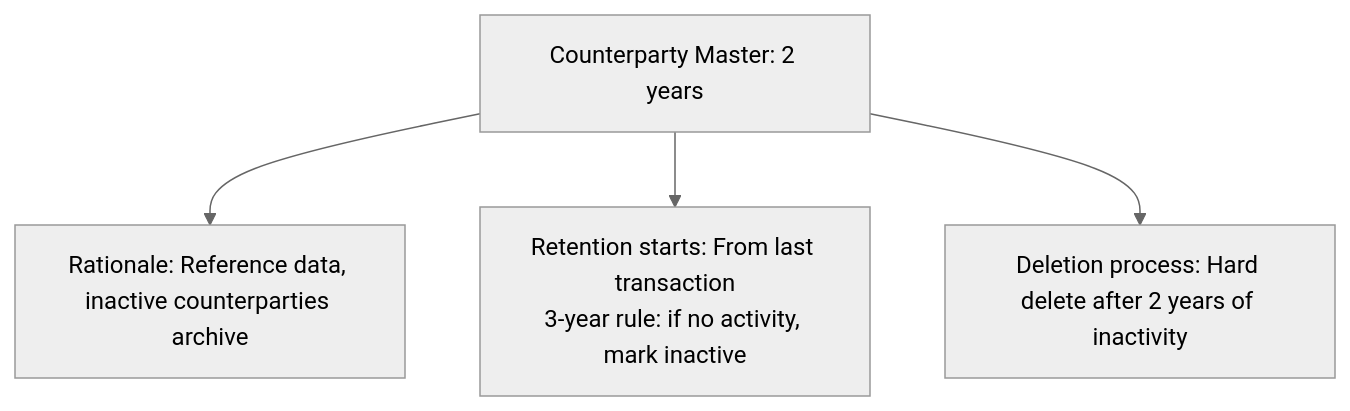
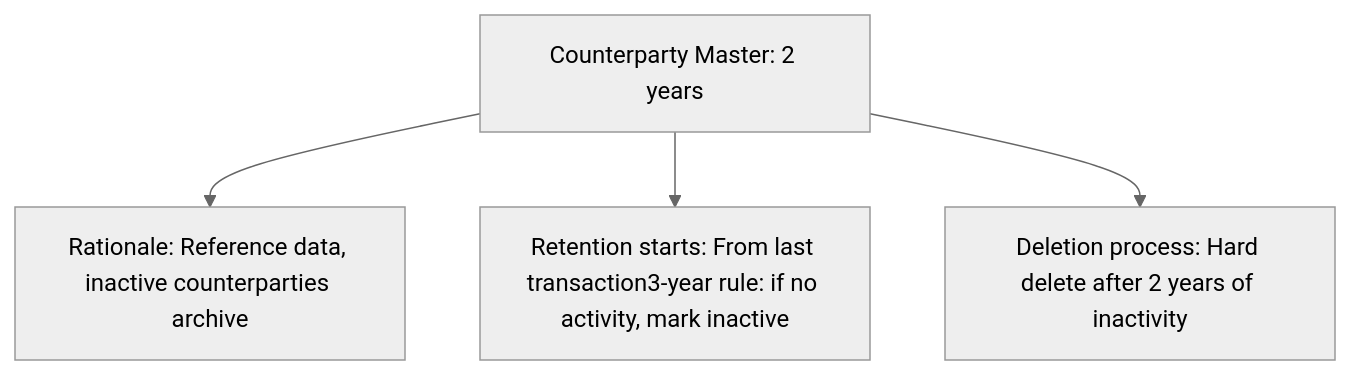
Before and after one commit to naren-chakraview/chakraview-fintech-data-mesh: the second of 3 diagrams in docs/domains/counterparties.md, drawn with Mermaid (neutral theme). The commit also changed other lines of this file and 9 other files, not shown here.

Commit message:
fix: remove HTML br tags from mermaid diagrams and fix diagram syntax for v11 compatibility

````diff
--- a/docs/domains/counterparties.md
+++ b/docs/domains/counterparties.md
@@ -189,7 +189,7 @@
 ```mermaid
 graph TD
     A["Counterparty Master: 2 years"]
     A --> A1["Rationale: Reference data, inactive counterparties archive"]
-    A --> A2["Retention starts: From last transaction<br/>3-year rule: if no activity, mark inactive"]
+    A --> A2["Retention starts: From last transaction3-year rule: if no activity, mark inactive"]
     A --> A3["Deletion process: Hard delete after 2 years of inactivity"]
 ```
````
